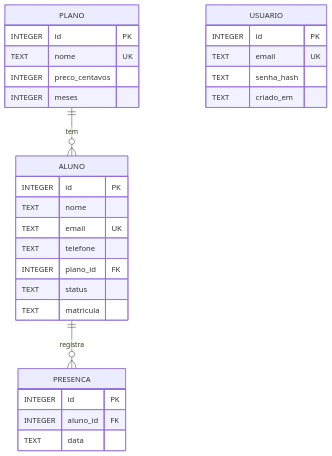
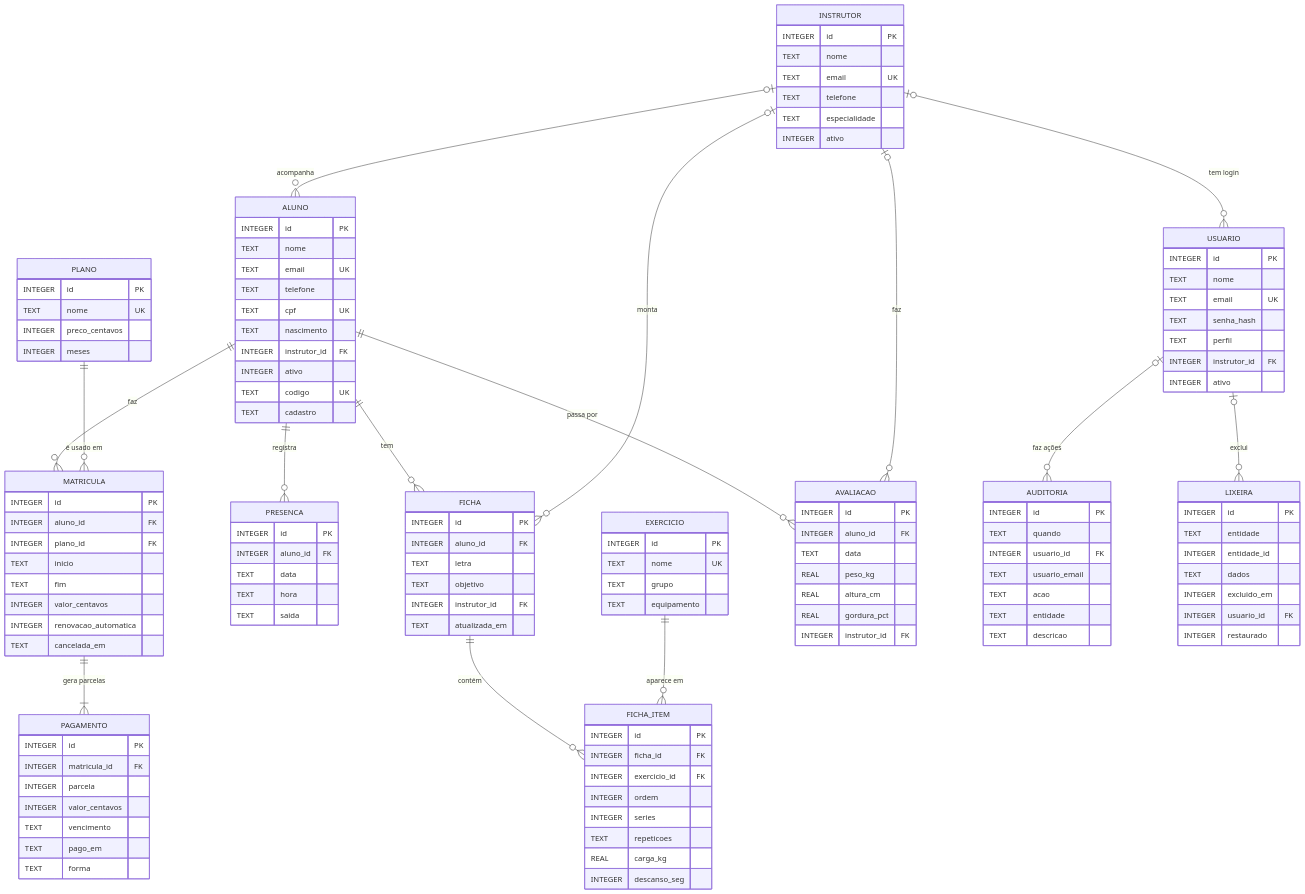
The diagram in docs/MODELO-DO-BANCO.md (emanuelsilvapereira/academia), drawn with Mermaid before and after one commit. The commit also changed other lines of this file and 2 other files, not shown here.

````diff
--- a/docs/MODELO-DO-BANCO.md
+++ b/docs/MODELO-DO-BANCO.md
@@ -8,32 +12,130 @@
 ```mermaid
 erDiagram
-    PLANO ||--o{ ALUNO : "tem"
+    ALUNO ||--o{ MATRICULA : "faz"
+    PLANO ||--o{ MATRICULA : "é usado em"
+    MATRICULA ||--|{ PAGAMENTO : "gera parcelas"
     ALUNO ||--o{ PRESENCA : "registra"
+    ALUNO ||--o{ FICHA : "tem"
+    FICHA ||--o{ FICHA_ITEM : "contém"
+    EXERCICIO ||--o{ FICHA_ITEM : "aparece em"
+    ALUNO ||--o{ AVALIACAO : "passa por"
+    INSTRUTOR |o--o{ ALUNO : "acompanha"
+    INSTRUTOR |o--o{ FICHA : "monta"
+    INSTRUTOR |o--o{ AVALIACAO : "faz"
+    INSTRUTOR |o--o{ USUARIO : "tem login"
+    USUARIO |o--o{ AUDITORIA : "faz ações"
+    USUARIO |o--o{ LIXEIRA : "exclui"
 
+    ALUNO {
+        INTEGER id PK
+        TEXT nome
+        TEXT email UK
+        TEXT telefone
+        TEXT cpf UK
+        TEXT nascimento
+        INTEGER instrutor_id FK
+        INTEGER ativo
+        TEXT codigo UK
+        TEXT cadastro
+    }
     PLANO {
         INTEGER id PK
         TEXT nome UK
         INTEGER preco_centavos
         INTEGER meses
     }
-    ALUNO {
+    MATRICULA {
         INTEGER id PK
-        TEXT nome
-        TEXT email UK
-        TEXT telefone
+        INTEGER aluno_id FK
         INTEGER plano_id FK
-        TEXT status
-        TEXT matricula
+        TEXT inicio
+        TEXT fim
+        INTEGER valor_centavos
+        INTEGER renovacao_automatica
+        TEXT cancelada_em
+    }
+    PAGAMENTO {
+        INTEGER id PK
+        INTEGER matricula_id FK
+        INTEGER parcela
+        INTEGER valor_centavos
+        TEXT vencimento
+        TEXT pago_em
+        TEXT forma
     }
     PRESENCA {
         INTEGER id PK
         INTEGER aluno_id FK
         TEXT data
+        TEXT hora
+        TEXT saida
+    }
+    INSTRUTOR {
+        INTEGER id PK
+        TEXT nome
+        TEXT email UK
+        TEXT telefone
+        TEXT especialidade
+        INTEGER ativo
+    }
+    EXERCICIO {
+        INTEGER id PK
+        TEXT nome UK
+        TEXT grupo
+        TEXT equipamento
+    }
+    FICHA {
+        INTEGER id PK
+        INTEGER aluno_id FK
+        TEXT letra
+        TEXT objetivo
+        INTEGER instrutor_id FK
+        TEXT atualizada_em
+    }
+    FICHA_ITEM {
+        INTEGER id PK
+        INTEGER ficha_id FK
+        INTEGER exercicio_id FK
+        INTEGER ordem
+        INTEGER series
+        TEXT repeticoes
+        REAL carga_kg
+        INTEGER descanso_seg
+    }
+    AVALIACAO {
+        INTEGER id PK
+        INTEGER aluno_id FK
+        TEXT data
+        REAL peso_kg
+        REAL altura_cm
+        REAL gordura_pct
+        INTEGER instrutor_id FK
     }
     USUARIO {
         INTEGER id PK
+        TEXT nome
         TEXT email UK
         TEXT senha_hash
-        TEXT criado_em
+        TEXT perfil
+        INTEGER instrutor_id FK
+        INTEGER ativo
+    }
+    AUDITORIA {
+        INTEGER id PK
+        TEXT quando
+        INTEGER usuario_id FK
+        TEXT usuario_email
+        TEXT acao
+        TEXT entidade
+        TEXT descricao
+    }
+    LIXEIRA {
+        INTEGER id PK
+        TEXT entidade
+        INTEGER entidade_id
+        TEXT dados
+        INTEGER excluido_em
+        INTEGER usuario_id FK
+        INTEGER restaurado
     }
 ```
````
